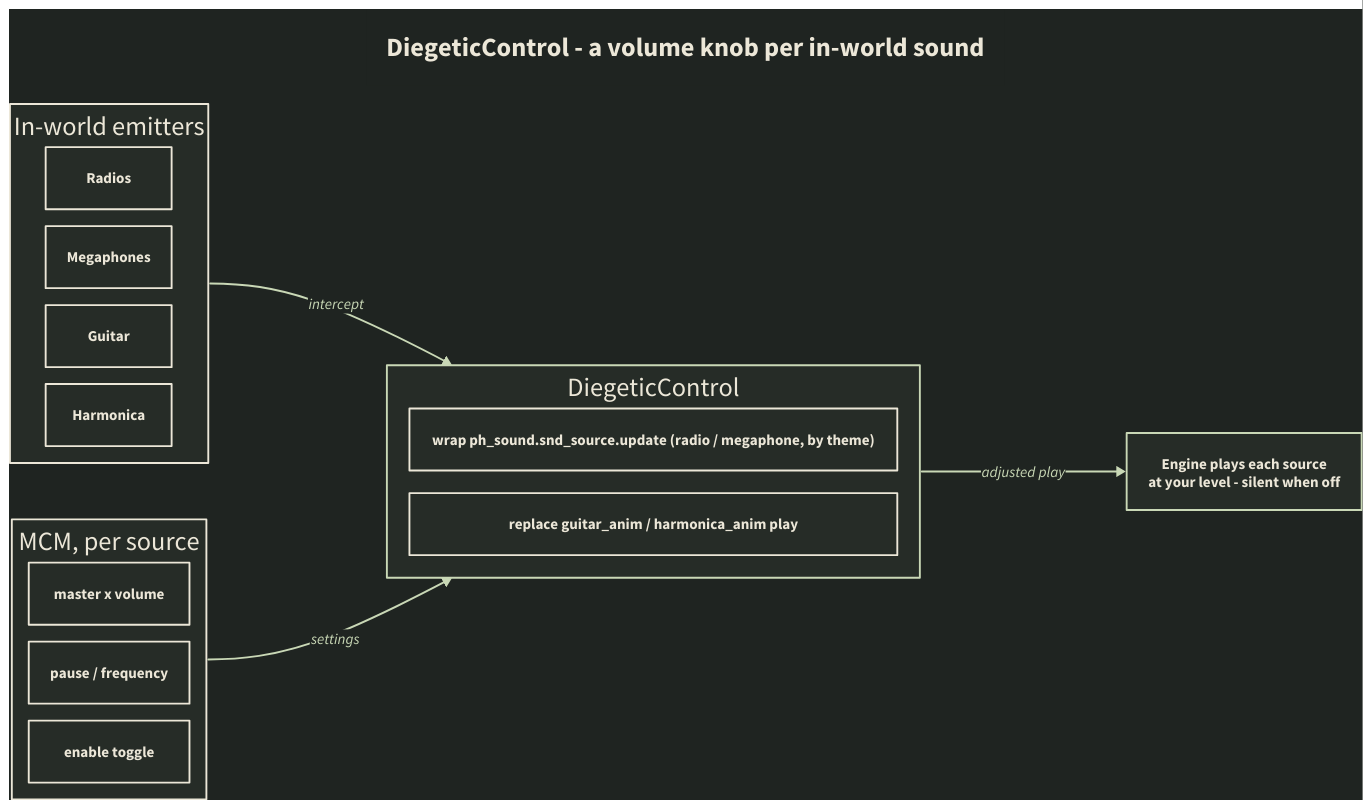
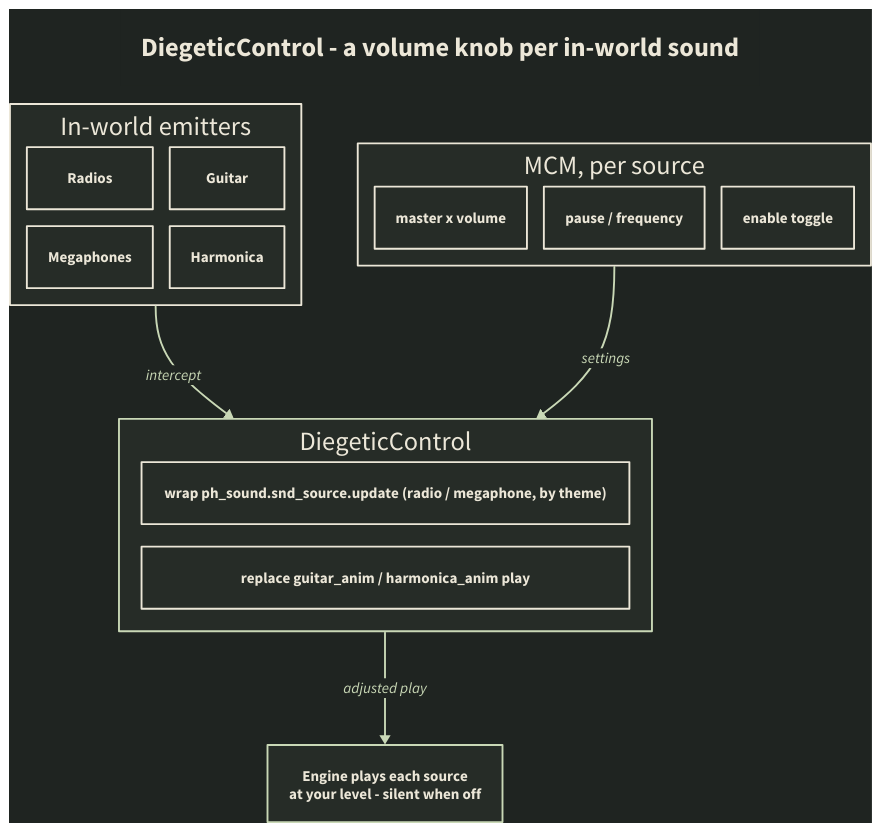
The diagram in doc/img/diegeticcontrol-howitworks.d2 (damiansirbu-stalker/DiegeticControl), drawn with D2 before and after one commit. The commit also changed 2 other files, not shown here.

Commit message:
docs(img): square hero gif, MCM and guitar frames, diagram re-laid vertical
The hero was two 16:9 frames (diagram, how-it's-built) that ModDB clamps to a small
strip in the description column. Rebuilt at 1:1 (900x900) as four square frames: the
guitarist as an in-world sound source, the how-it-works diagram, the MCM settings
menu, and the how-it's-built panels stacked, each with an uppercase Oswald caption on
a solid black box. The how-it-works diagram was wide (1.87:1), so its d2 flows
top-to-bottom now (1.13:1) and its jpg re-renders to match.

```diff
--- a/doc/img/diegeticcontrol-howitworks.d2
+++ b/doc/img/diegeticcontrol-howitworks.d2
@@ -1,46 +1,46 @@
-direction: right
+direction: down
 
 style.fill: "#1f2421"
 
 **.style.fill: "#262c27"
 **.style.stroke: "#ece7d8"
 **.style.font-color: "#ece7d8"
 **.style.stroke-width: 2
 
 title: "DiegeticControl - a volume knob per in-world sound" {
   near: top-center
   style: { stroke-width: 0; fill: "#1f2421"; font-color: "#ece7d8"; font-size: 28 }
 }
 
 sources: "In-world emitters" {
-  grid-columns: 1
+  grid-columns: 2
   grid-gap: 18
   radio: "Radios"
   mega: "Megaphones"
   guitar: "Guitar"
   harm: "Harmonica"
 }
 
 hook: "DiegeticControl" {
   style.stroke: "#c9d8b6"
   grid-columns: 1
   grid-gap: 24
   w: "wrap ph_sound.snd_source.update  (radio / megaphone, by theme)"
   r: "replace guitar_anim / harmonica_anim play"
 }
 
 mcm: "MCM, per source" {
-  grid-columns: 1
+  grid-columns: 3
   grid-gap: 18
   m: "master x volume"
   f: "pause / frequency"
   t: "enable toggle"
 }
 
 out: "Engine plays each source\nat your level - silent when off" {
   style.stroke: "#c9d8b6"
 }
 
 sources -> hook: "intercept" { style: { stroke: "#c9d8b6"; font-color: "#c9d8b6" } }
 mcm -> hook: "settings" { style: { stroke: "#c9d8b6"; font-color: "#c9d8b6" } }
 hook -> out: "adjusted play" { style: { stroke: "#c9d8b6"; font-color: "#c9d8b6" } }
```
